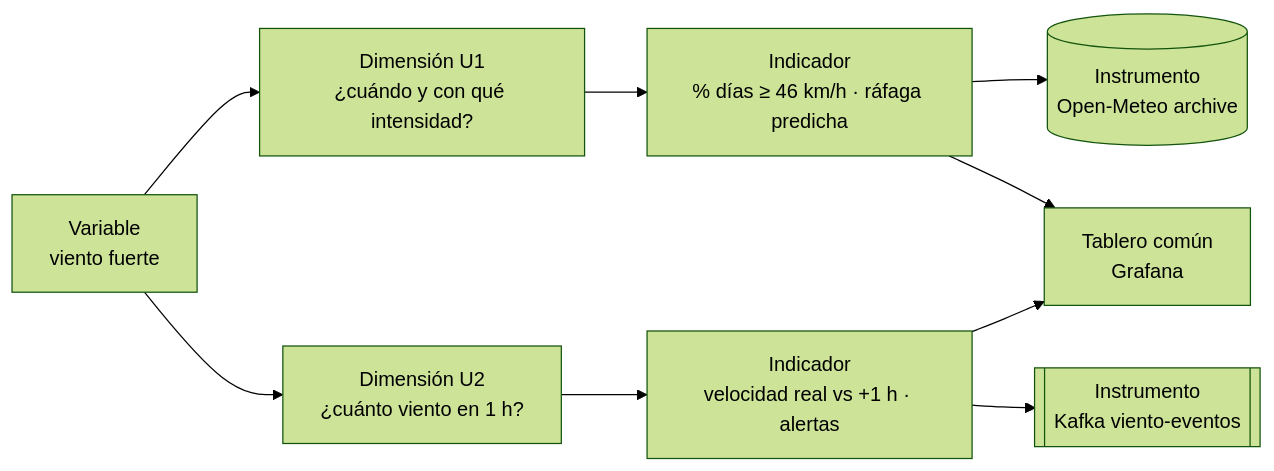
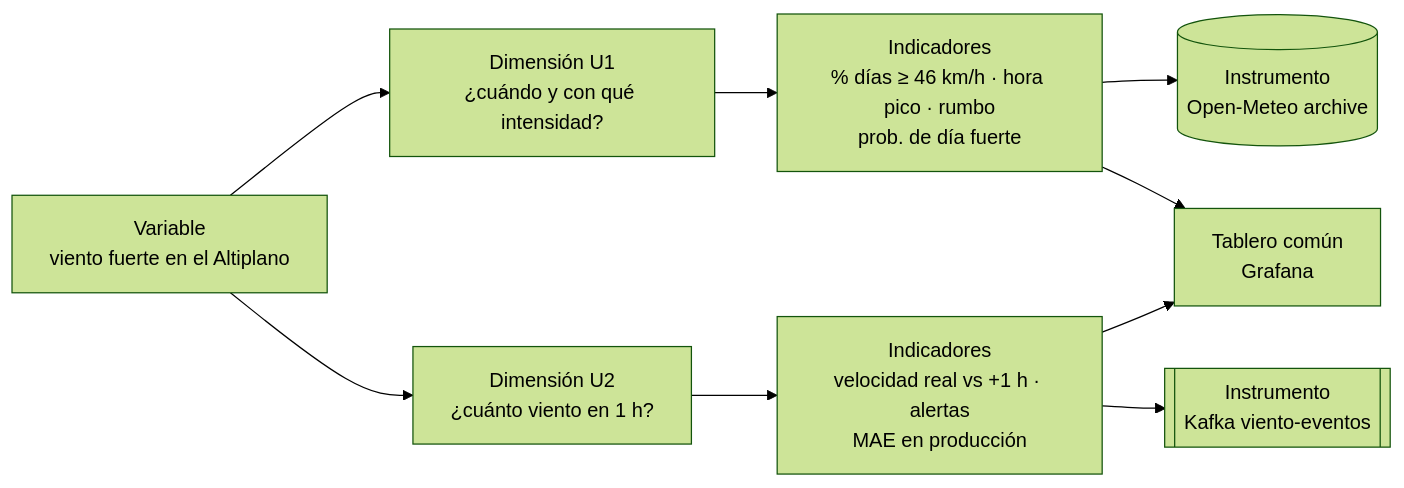
Before and after one commit to kiohunter12/bigdata-viento-nayder: the second of 2 diagrams in docs/brief.md, drawn with Mermaid (forest theme). The commit also changed other lines of this file, not shown here.

````diff
--- a/docs/brief.md
+++ b/docs/brief.md
@@ -81,11 +132,11 @@
 ```mermaid
 flowchart LR
-  V["Variable<br/>viento fuerte"] --> D1["Dimensión U1<br/>¿cuándo y con qué intensidad?"]
+  V["Variable<br/>viento fuerte en el Altiplano"] --> D1["Dimensión U1<br/>¿cuándo y con qué intensidad?"]
   V --> D2["Dimensión U2<br/>¿cuánto viento en 1 h?"]
-  D1 --> I1["Indicador<br/>% días ≥ 46 km/h · ráfaga predicha"]
-  D2 --> I2["Indicador<br/>velocidad real vs +1 h · alertas"]
+  D1 --> I1["Indicadores<br/>% días ≥ 46 km/h · hora pico · rumbo<br/>prob. de día fuerte"]
+  D2 --> I2["Indicadores<br/>velocidad real vs +1 h · alertas<br/>MAE en producción"]
   I1 --> F1[("Instrumento<br/>Open-Meteo archive")]
   I2 --> F2[["Instrumento<br/>Kafka viento-eventos"]]
   I1 --> T["Tablero común<br/>Grafana"]
   I2 --> T
 ```
````
